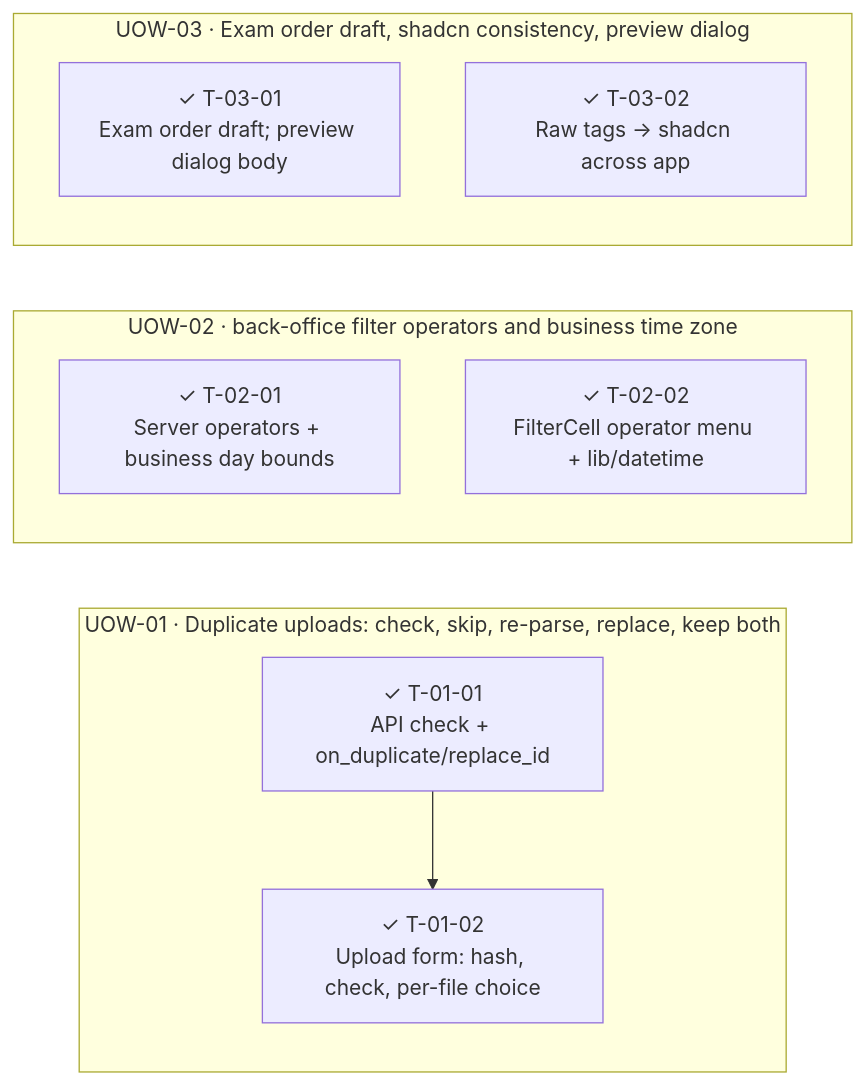
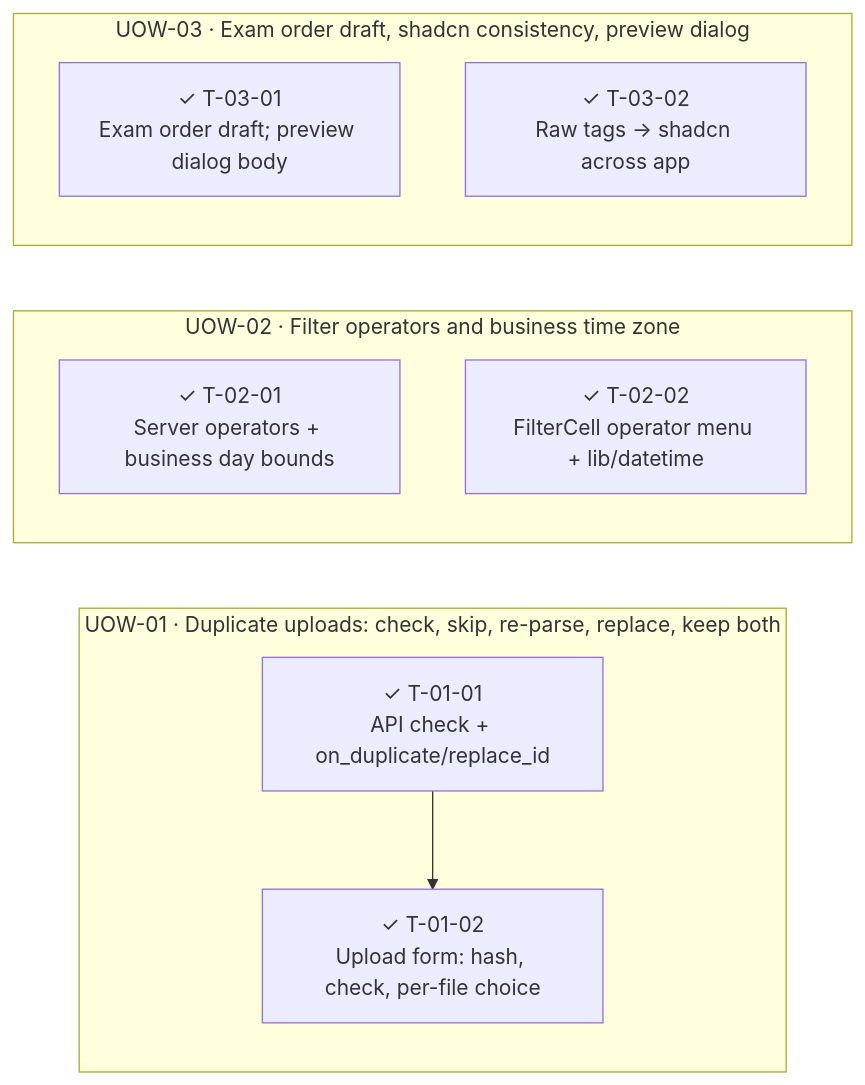
One commit to LocTran12310/examind changed the diagram in .ai/features/2026092211-ui-standards/05-ticket-graph.md. Above: the diagram before and after it, drawn with Mermaid. The commit also changed other lines of this file and 149 other files, not shown here.

````diff
--- a/.ai/features/2026092211-ui-standards/05-ticket-graph.md
+++ b/.ai/features/2026092211-ui-standards/05-ticket-graph.md
@@ -24,16 +24,16 @@
 ```mermaid
 graph LR
   subgraph UOW_01["UOW-01 · Duplicate uploads: check, skip, re-parse, replace, keep both"]
     T_01_01["✓ T-01-01<br/>API check + on_duplicate/replace_id"]
     T_01_02["✓ T-01-02<br/>Upload form: hash, check, per-file choice"]
   end
-  subgraph UOW_02["UOW-02 · back-office filter operators and business time zone"]
+  subgraph UOW_02["UOW-02 · Filter operators and business time zone"]
     T_02_01["✓ T-02-01<br/>Server operators + business day bounds"]
     T_02_02["✓ T-02-02<br/>FilterCell operator menu + lib/datetime"]
   end
   subgraph UOW_03["UOW-03 · Exam order draft, shadcn consistency, preview dialog"]
     T_03_01["✓ T-03-01<br/>Exam order draft; preview dialog body"]
     T_03_02["✓ T-03-02<br/>Raw tags → shadcn across app"]
   end
   T_01_01 --> T_01_02
 ```
````
